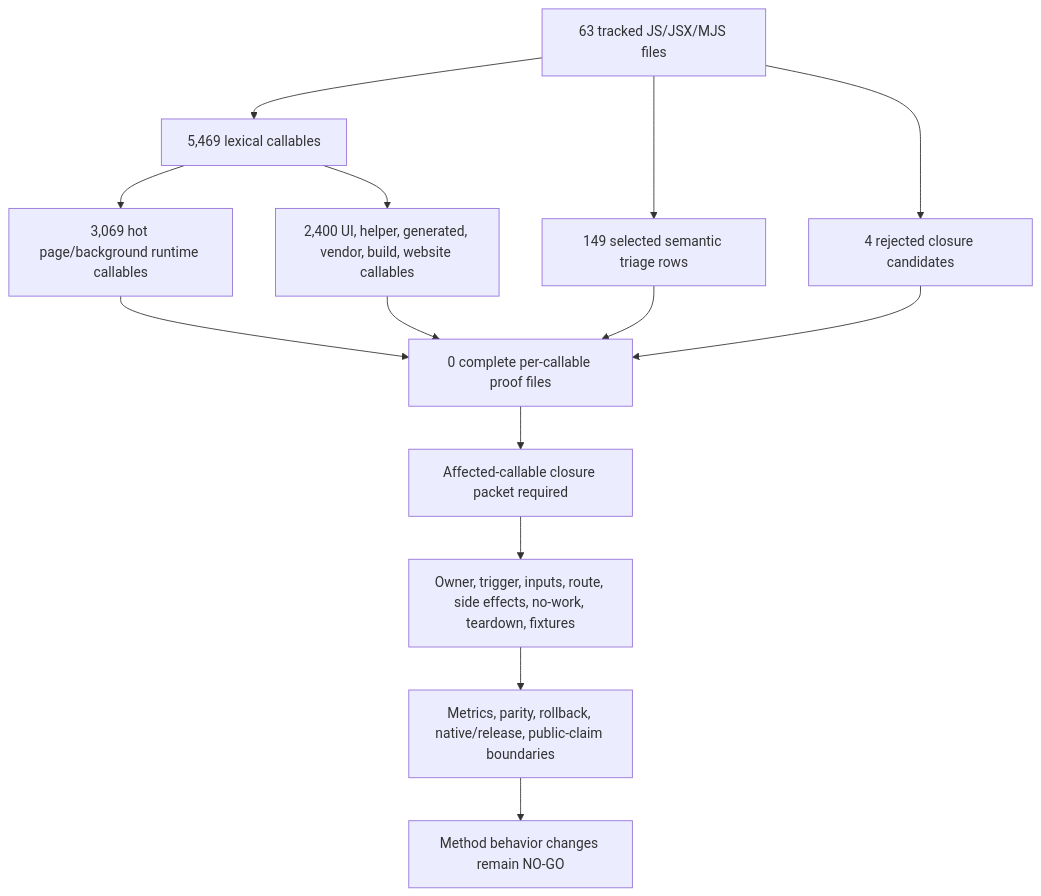
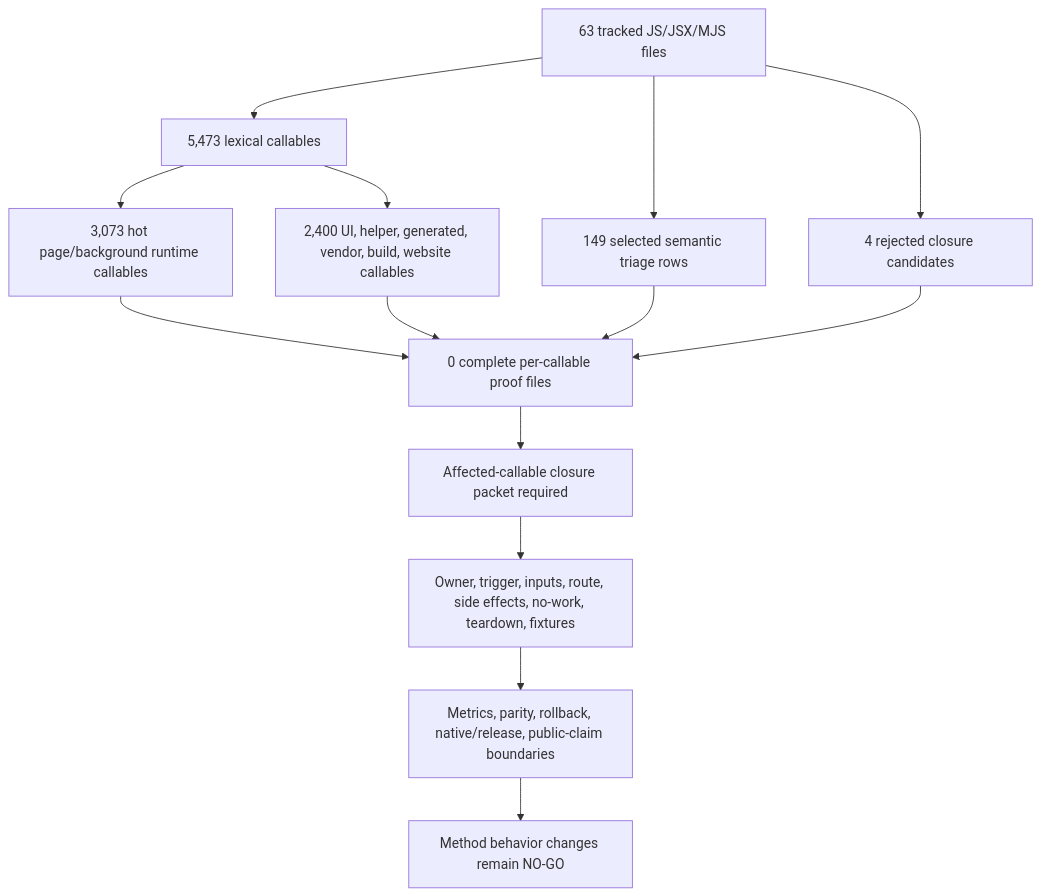
One commit to varshneydevansh/FilterTube changed the first of 2 diagrams in docs/audit/FILTERTUBE_METHOD_SEMANTIC_PROOF_GAP_INDEX_CURRENT_BEHAVIOR_2026-05-25.md. Above: the diagram before and after it, drawn with Mermaid. The commit also changed other lines of this file and 634 other files, not shown here.

````diff
--- a/docs/audit/FILTERTUBE_METHOD_SEMANTIC_PROOF_GAP_INDEX_CURRENT_BEHAVIOR_2026-05-25.md
+++ b/docs/audit/FILTERTUBE_METHOD_SEMANTIC_PROOF_GAP_INDEX_CURRENT_BEHAVIOR_2026-05-25.md
@@ -130,16 +130,16 @@
 ```mermaid
 flowchart TD
-  A["63 tracked JS/JSX/MJS files"] --> B["5,469 lexical callables"]
-  B --> C["3,069 hot page/background runtime callables"]
+  A["63 tracked JS/JSX/MJS files"] --> B["5,473 lexical callables"]
+  B --> C["3,073 hot page/background runtime callables"]
   B --> D["2,400 UI, helper, generated, vendor, build, website callables"]
   A --> E["149 selected semantic triage rows"]
   A --> F["4 rejected closure candidates"]
   C --> G["0 complete per-callable proof files"]
   D --> G
   E --> G
   F --> G
   G --> H["Affected-callable closure packet required"]
   H --> I["Owner, trigger, inputs, route, side effects, no-work, teardown, fixtures"]
   I --> J["Metrics, parity, rollback, native/release, public-claim boundaries"]
   J --> K["Method behavior changes remain NO-GO"]
 ```
````
